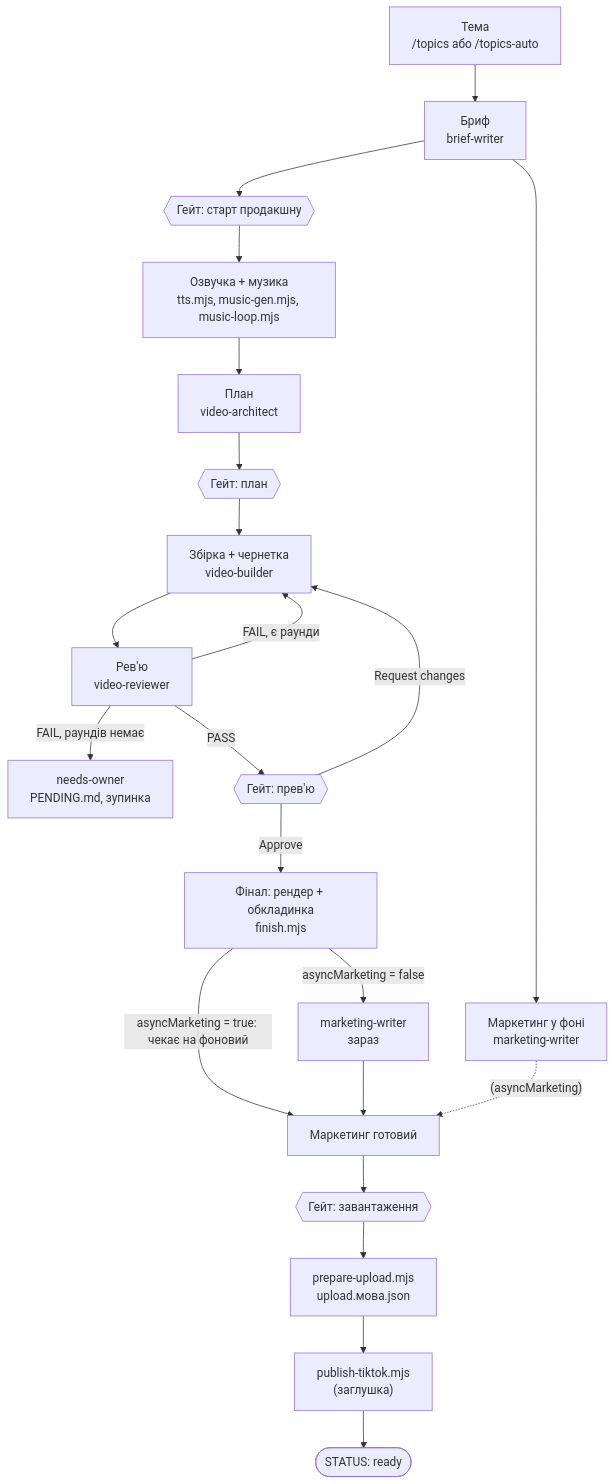
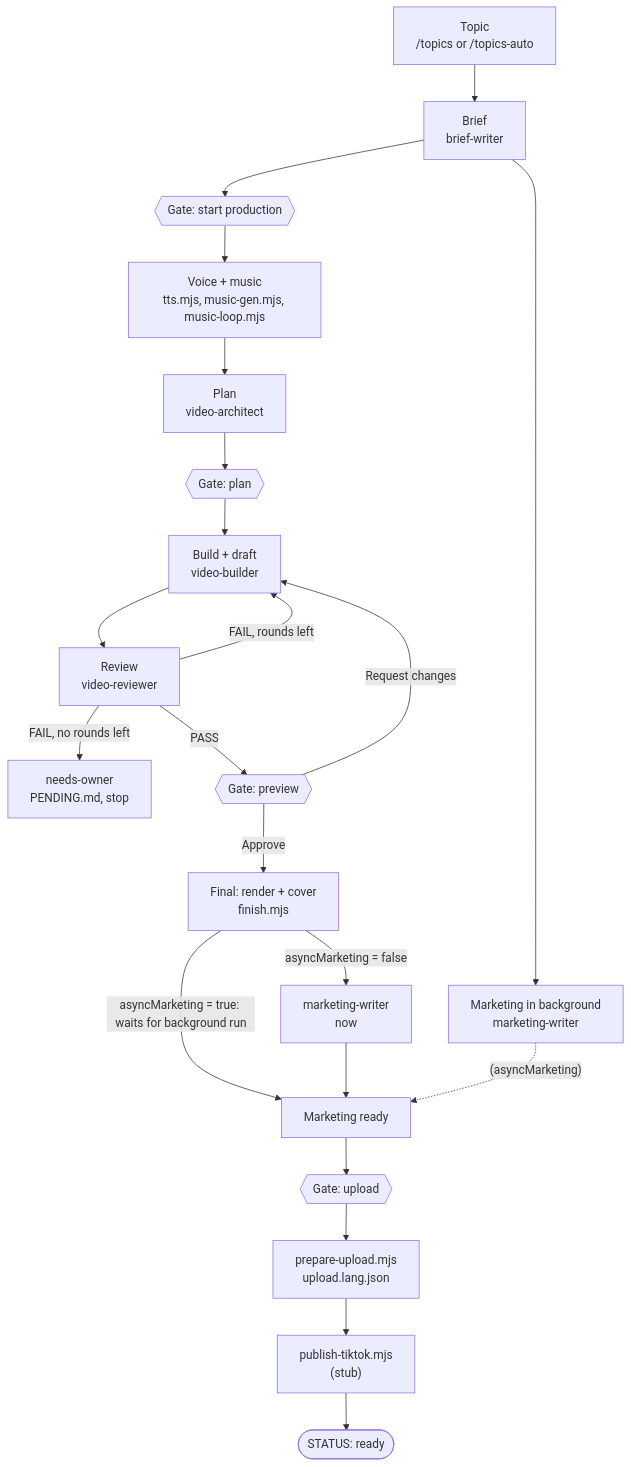
Before and after one commit to olehsov/tiktok-videomaker: the first of 5 diagrams in README.md, drawn with Mermaid. The commit also changed other lines of this file and 359 other files, not shown here.

````diff
--- a/README.md
+++ b/README.md
@@ -121,24 +123,24 @@
 ```mermaid
 flowchart TD
-    A["Тема<br/>/topics або /topics-auto"] --> B["Бриф<br/>brief-writer"]
-    B --> M["Маркетинг у фоні<br/>marketing-writer"]
-    B --> G1{{"Гейт: старт продакшну"}}
-    G1 --> V["Озвучка + музика<br/>tts.mjs, music-gen.mjs, music-loop.mjs"]
-    V --> P["План<br/>video-architect"]
-    P --> G2{{"Гейт: план"}}
-    G2 --> BU["Збірка + чернетка<br/>video-builder"]
-    BU --> R["Рев'ю<br/>video-reviewer"]
-    R -- "FAIL, є раунди" --> BU
-    R -- "FAIL, раундів немає" --> N["needs-owner<br/>PENDING.md, зупинка"]
-    R -- PASS --> G3{{"Гейт: прев'ю"}}
+    A["Topic<br/>/topics or /topics-auto"] --> B["Brief<br/>brief-writer"]
+    B --> M["Marketing in background<br/>marketing-writer"]
+    B --> G1{{"Gate: start production"}}
+    G1 --> V["Voice + music<br/>tts.mjs, music-gen.mjs, music-loop.mjs"]
+    V --> P["Plan<br/>video-architect"]
+    P --> G2{{"Gate: plan"}}
+    G2 --> BU["Build + draft<br/>video-builder"]
+    BU --> R["Review<br/>video-reviewer"]
+    R -- "FAIL, rounds left" --> BU
+    R -- "FAIL, no rounds left" --> N["needs-owner<br/>PENDING.md, stop"]
+    R -- PASS --> G3{{"Gate: preview"}}
     G3 -- "Request changes" --> BU
-    G3 -- Approve --> F["Фінал: рендер + обкладинка<br/>finish.mjs"]
-    F -- "asyncMarketing = true: чекає на фоновий" --> MK["Маркетинг готовий"]
-    F -- "asyncMarketing = false" --> MW["marketing-writer<br/>зараз"]
+    G3 -- Approve --> F["Final: render + cover<br/>finish.mjs"]
+    F -- "asyncMarketing = true: waits for background run" --> MK["Marketing ready"]
+    F -- "asyncMarketing = false" --> MW["marketing-writer<br/>now"]
     MW --> MK
     M -. "(asyncMarketing)" .-> MK
-    MK --> G4{{"Гейт: завантаження"}}
-    G4 --> U["prepare-upload.mjs<br/>upload.мова.json"]
-    U --> PB["publish-tiktok.mjs<br/>(заглушка)"]
+    MK --> G4{{"Gate: upload"}}
+    G4 --> U["prepare-upload.mjs<br/>upload.lang.json"]
+    U --> PB["publish-tiktok.mjs<br/>(stub)"]
     PB --> RD(["STATUS: ready"])
 ```
````
